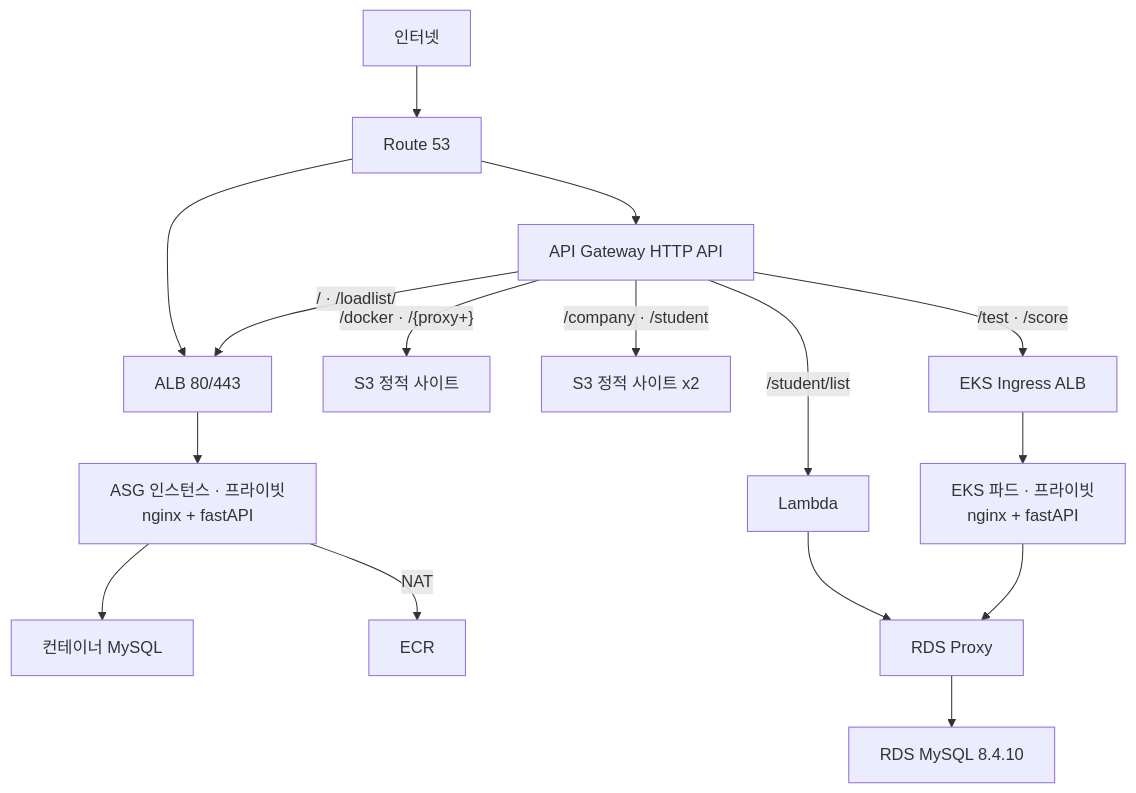
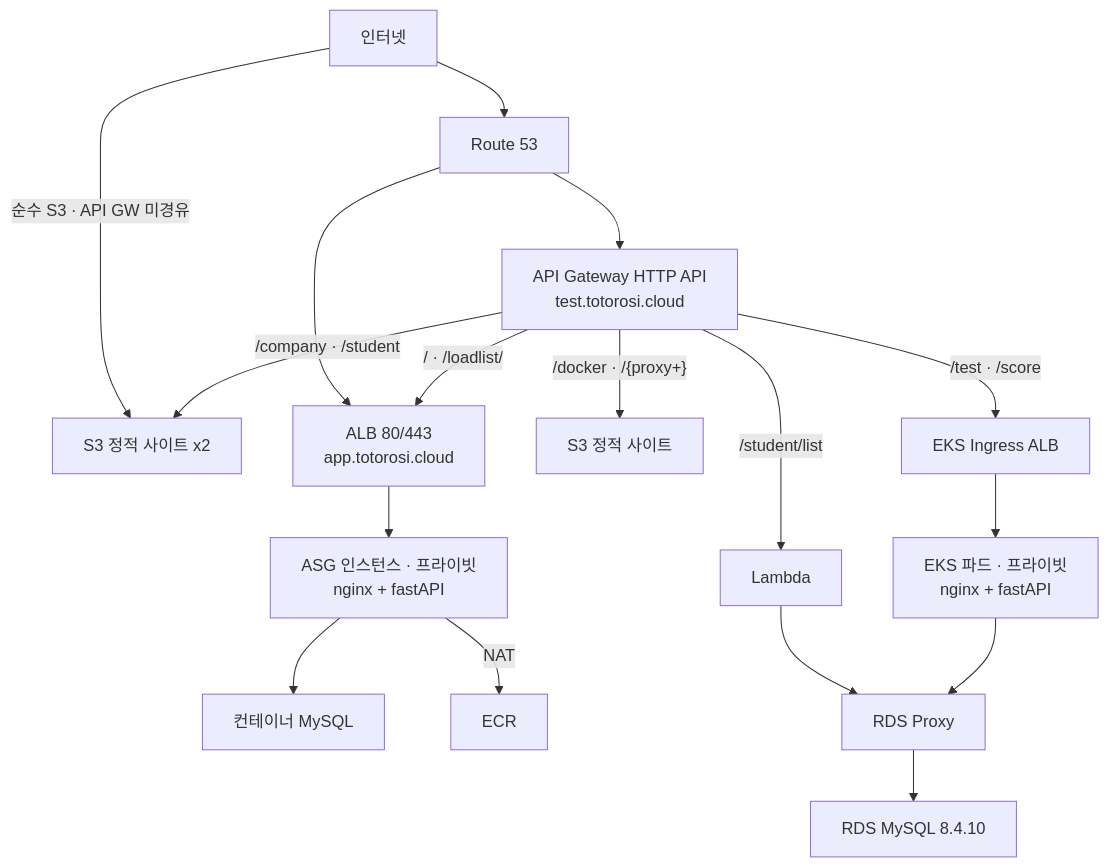
Before and after one commit to totorosi/aws-hybrid-3tier: the diagram in README.md, drawn with Mermaid. The commit also changed other lines of this file and 23 other files, not shown here.

````diff
--- a/README.md
+++ b/README.md
@@ -15,18 +15,19 @@
 ```mermaid
 flowchart TB
   Net["인터넷"] --> R53["Route 53"]
-  R53 --> GW["API Gateway HTTP API"]
-  R53 --> ALB["ALB 80/443"]
+  Net -->|"순수 S3 · API GW 미경유"| S3B
+  R53 --> GW["API Gateway HTTP API<br>test.totorosi.cloud"]
+  R53 --> ALB["ALB 80/443<br>app.totorosi.cloud"]
   GW -->|"/docker · /{proxy+}"| S3A["S3 정적 사이트"]
   GW -->|"/company · /student"| S3B["S3 정적 사이트 x2"]
   GW -->|"/student/list"| LAM["Lambda"]
   GW -->|"/ · /loadlist/"| ALB
   GW -->|"/test · /score"| EALB["EKS Ingress ALB"]
   ALB --> APP["ASG 인스턴스 · 프라이빗<br>nginx + fastAPI"]
   APP --> CDB["컨테이너 MySQL"]
   EALB --> POD["EKS 파드 · 프라이빗<br>nginx + fastAPI"]
   APP -->|"NAT"| ECR["ECR"]
   LAM --> PRX["RDS Proxy"]
   POD --> PRX
   PRX --> RDS["RDS MySQL 8.4.10"]
 ```
````
